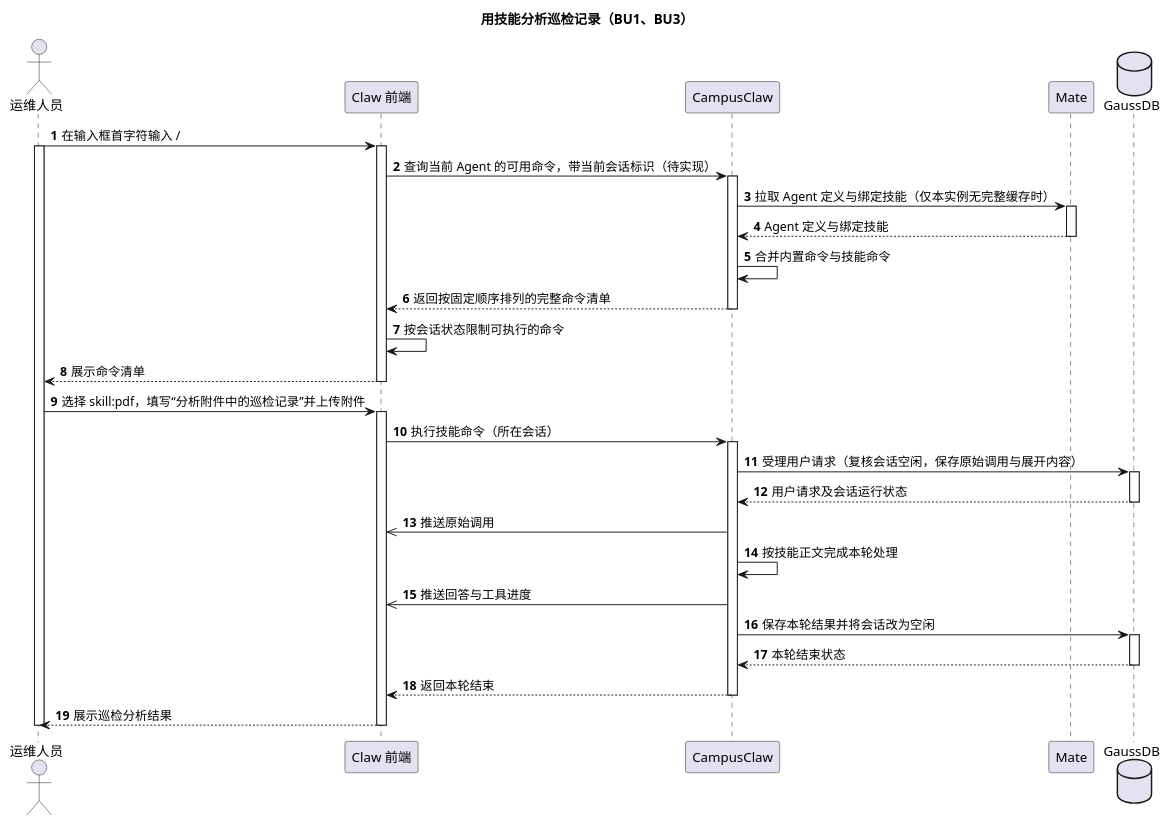
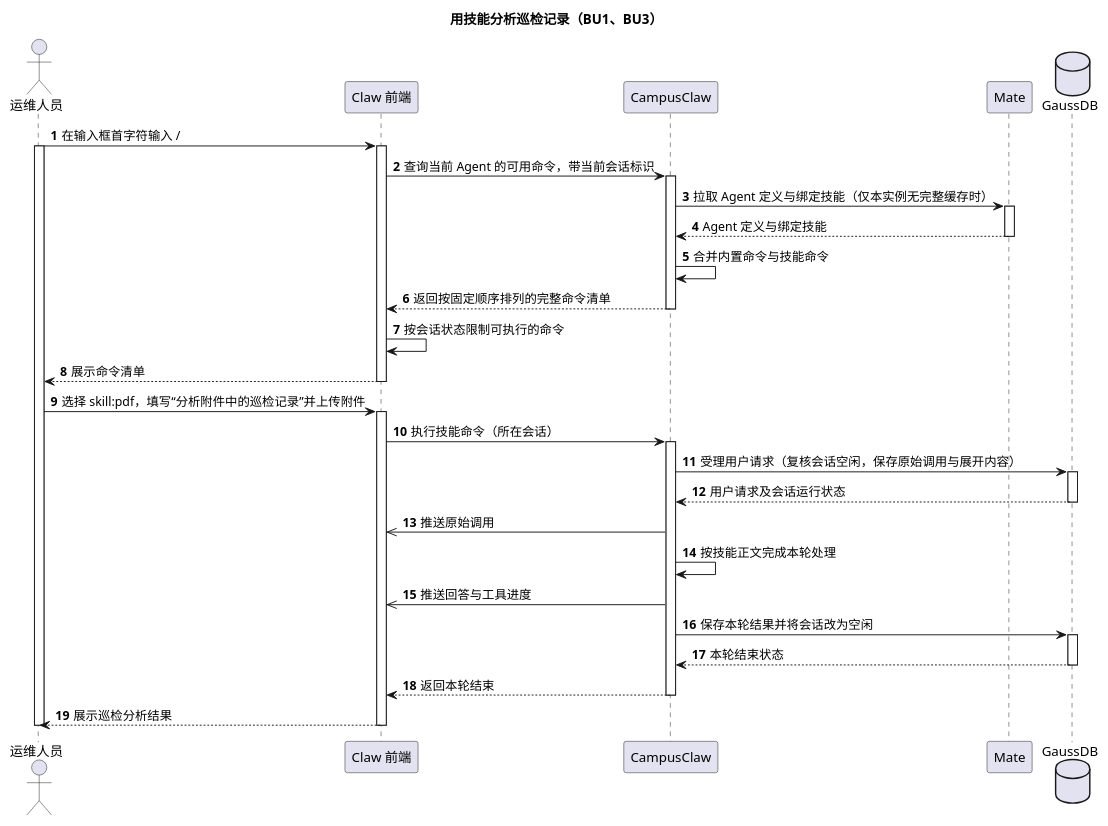
The first of 5 diagrams in 01-总体架构/04-CampusClaw命令系统/diagram.puml (ssm0808/pi-mono-java-design), drawn with PlantUML before and after one commit. The commit also changed other lines of this file and 71 other files, not shown here.

```diff
--- a/01-总体架构/04-CampusClaw命令系统/diagram.puml
+++ b/01-总体架构/04-CampusClaw命令系统/diagram.puml
@@ -1,36 +1,36 @@
 @startuml slash_command_overview
 title 用技能分析巡检记录（BU1、BU3）
-' 已观察行为：pi-mono-java@fd431002 RuntimeCommandCatalogController.list 仍按 sessionId 读取清单；RuntimeCommandController.execute 对 Skill 返回请求级 SSE。
-' 源码证据：modules/coding-agent-cli/src/main/java/com/campusclaw/codingagent/runtimeapi/web/RuntimeCommandCatalogController.java list；同包 RuntimeCommandController.java execute/executeSkill。
+' 已观察行为：pi-mono-java@628dca25 RuntimeCommandCatalogController.listCommands 按 agentId 与可选 sessionId 读取清单；RuntimeCommandController.execute 对 Skill 返回请求级 SSE。
+' 源码证据：modules/coding-agent-cli/src/main/java/com/campusclaw/codingagent/runtimeapi/web/RuntimeCommandCatalogController.java listCommands；同包 RuntimeCommandController.java execute/executeSkill。
 ' 设计原因：清单归属 Agent，可选 sessionId 只决定是否包含会话命令；执行归属会话；同一进程内的 Controller、Service 与运行时并入 CampusClaw，只在下钻图中拆开。
-' 待实现：按 agentId 与可选 sessionId 查询清单（步骤 2～5）。
+' 待实现：技能命令受理失败时的错误码修正（不改变本图正常路径）。
 skinparam shadowing false
 autonumber
 actor "运维人员" as User
 participant "Claw 前端" as Web
 participant "CampusClaw" as Claw
 participant "Mate" as Mate
 database "GaussDB" as DB
 
 User -> Web ++ : 在输入框首字符输入 /
 activate User
-Web -> Claw ++ : 查询当前 Agent 的可用命令，带当前会话标识（待实现）
+Web -> Claw ++ : 查询当前 Agent 的可用命令，带当前会话标识
 Claw -> Mate ++ : 拉取 Agent 定义与绑定技能（仅本实例无完整缓存时）
 return Agent 定义与绑定技能
 Claw -> Claw : 合并内置命令与技能命令
 return 返回按固定顺序排列的完整命令清单
 Web -> Web : 按会话状态限制可执行的命令
 return 展示命令清单
 User -> Web ++ : 选择 skill:pdf，填写“分析附件中的巡检记录”并上传附件
 Web -> Claw ++ : 执行技能命令（所在会话）
 Claw -> DB ++ : 受理用户请求（复核会话空闲，保存原始调用与展开内容）
 return 用户请求及会话运行状态
 Claw ->> Web : 推送原始调用
 Claw -> Claw : 按技能正文完成本轮处理
 Claw ->> Web : 推送回答与工具进度
 Claw -> DB ++ : 保存本轮结果并将会话改为空闲
 return 本轮结束状态
 return 返回本轮结束
 return 展示巡检分析结果
 deactivate User
 @enduml
```
